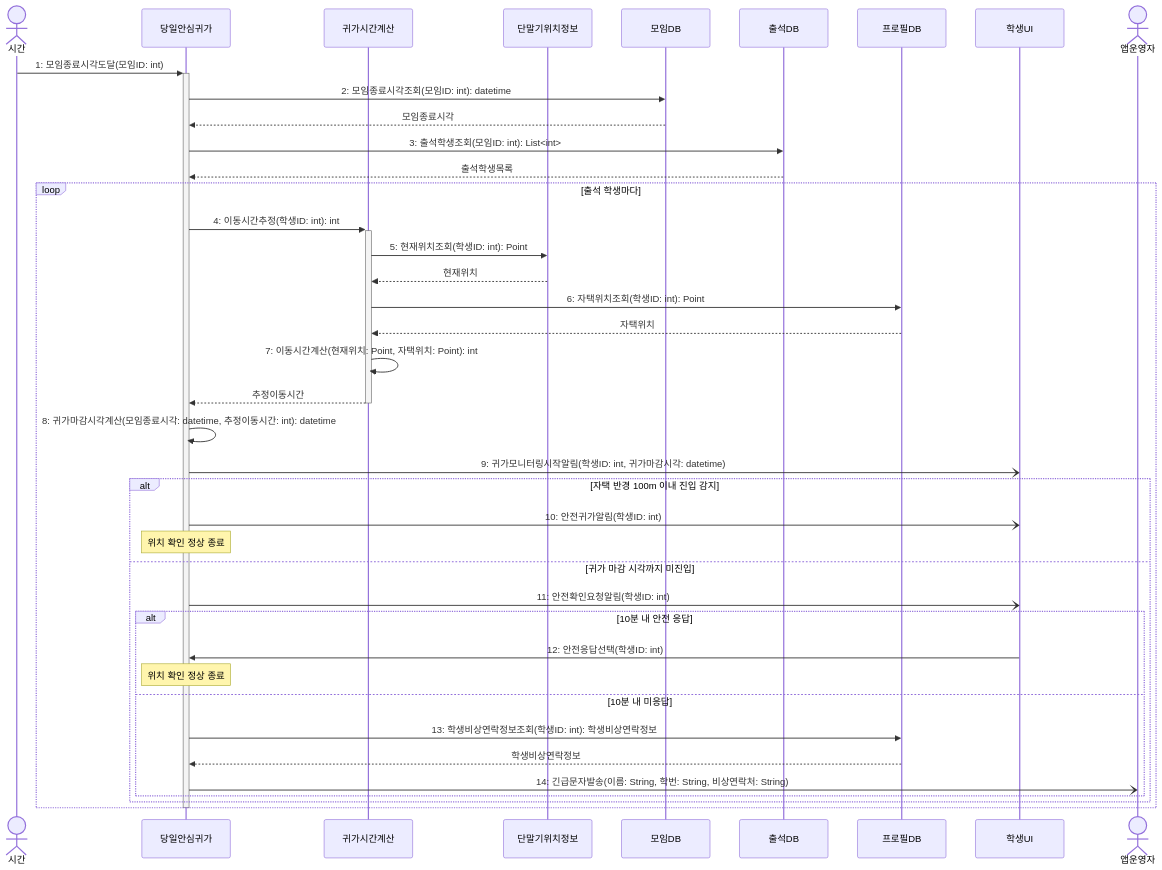
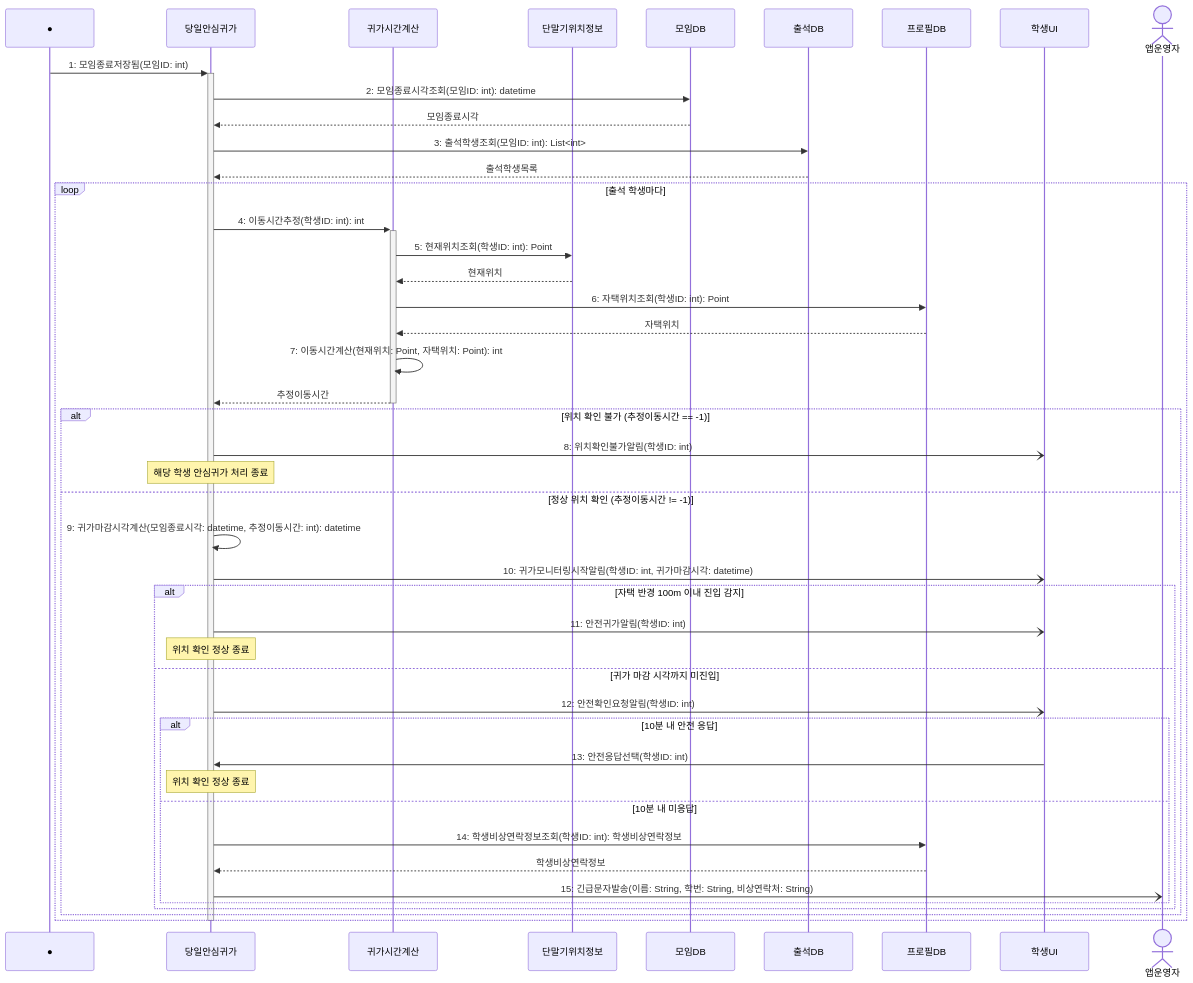
One commit to hojae3/sw-engineering-16 changed the diagram in sequence/seq-15.md. Above: the diagram before and after it, drawn with Mermaid. The commit also changed other lines of this file and 11 other files, not shown here.

````diff
--- a/sequence/seq-15.md
+++ b/sequence/seq-15.md
@@ -27,47 +27,52 @@
 ```mermaid
 sequenceDiagram
-    actor 시간
+    participant Found as ●
     participant 안심 as 당일안심귀가
     participant 계산 as 귀가시간계산
     participant 위치 as 단말기위치정보
     participant 모임DB as 모임DB
     participant 출석DB as 출석DB
     participant 프로필DB as 프로필DB
     participant 학생UI as 학생UI
     actor 앱운영자
 
-    시간->>+안심: 1: 모임종료시각도달(모임ID: int)
+    Found->>+안심: 1: 모임종료저장됨(모임ID: int)
     안심->>모임DB: 2: 모임종료시각조회(모임ID: int): datetime
     모임DB-->>안심: 모임종료시각
     안심->>출석DB: 3: 출석학생조회(모임ID: int): List<int>
     출석DB-->>안심: 출석학생목록
 
     loop 출석 학생마다
         안심->>+계산: 4: 이동시간추정(학생ID: int): int
         계산->>위치: 5: 현재위치조회(학생ID: int): Point
         위치-->>계산: 현재위치
         계산->>프로필DB: 6: 자택위치조회(학생ID: int): Point
         프로필DB-->>계산: 자택위치
         계산->>계산: 7: 이동시간계산(현재위치: Point, 자택위치: Point): int
         계산-->>-안심: 추정이동시간
 
-        안심->>안심: 8: 귀가마감시각계산(모임종료시각: datetime, 추정이동시간: int): datetime
-        안심-)학생UI: 9: 귀가모니터링시작알림(학생ID: int, 귀가마감시각: datetime)
+        alt 위치 확인 불가 (추정이동시간 == -1)
+            안심-)학생UI: 8: 위치확인불가알림(학생ID: int)
+            Note over 안심: 해당 학생 안심귀가 처리 종료
+        else 정상 위치 확인 (추정이동시간 != -1)
+            안심->>안심: 9: 귀가마감시각계산(모임종료시각: datetime, 추정이동시간: int): datetime
+            안심-)학생UI: 10: 귀가모니터링시작알림(학생ID: int, 귀가마감시각: datetime)
 
-        alt 자택 반경 100m 이내 진입 감지
-            안심-)학생UI: 10: 안전귀가알림(학생ID: int)
-            Note over 안심: 위치 확인 정상 종료
-        else 귀가 마감 시각까지 미진입
-            안심-)학생UI: 11: 안전확인요청알림(학생ID: int)
-            alt 10분 내 안전 응답
-                학생UI->>안심: 12: 안전응답선택(학생ID: int)
+            alt 자택 반경 100m 이내 진입 감지
+                안심-)학생UI: 11: 안전귀가알림(학생ID: int)
                 Note over 안심: 위치 확인 정상 종료
-            else 10분 내 미응답
-                안심->>프로필DB: 13: 학생비상연락정보조회(학생ID: int): 학생비상연락정보
-                프로필DB-->>안심: 학생비상연락정보
-                안심-)앱운영자: 14: 긴급문자발송(이름: String, 학번: String, 비상연락처: String)
+            else 귀가 마감 시각까지 미진입
+                안심-)학생UI: 12: 안전확인요청알림(학생ID: int)
+                alt 10분 내 안전 응답
+                    학생UI->>안심: 13: 안전응답선택(학생ID: int)
+                    Note over 안심: 위치 확인 정상 종료
+                else 10분 내 미응답
+                    안심->>프로필DB: 14: 학생비상연락정보조회(학생ID: int): 학생비상연락정보
+                    프로필DB-->>안심: 학생비상연락정보
+                    안심-)앱운영자: 15: 긴급문자발송(이름: String, 학번: String, 비상연락처: String)
+                end
             end
         end
     end
     deactivate 안심
 ```
````
